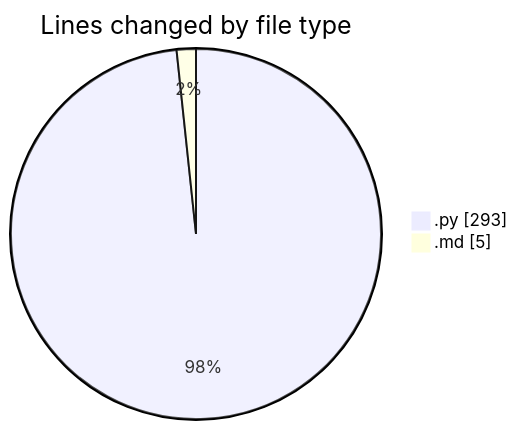
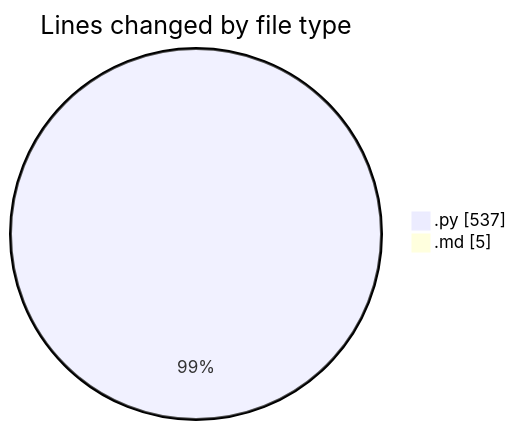
One commit to Ritupan-Deka/code-tracking changed the first of 2 diagrams in 2026-01-10/dsa/README.md. Above: the diagram before and after it, drawn with Mermaid. The commit also changed other lines of this file and 1 other file, not shown here.

````diff
--- a/2026-01-10/dsa/README.md
+++ b/2026-01-10/dsa/README.md
@@ -21,6 +21,6 @@
 ```mermaid
 pie showData
 title Lines changed by file type
-".py" : 293
+".py" : 537
 ".md" : 5
 ```
````
